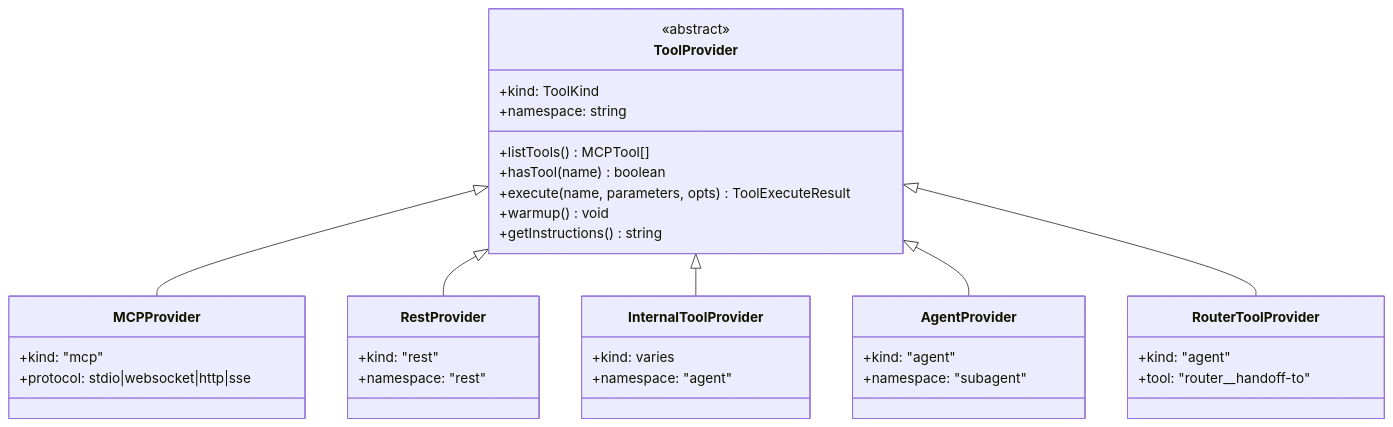
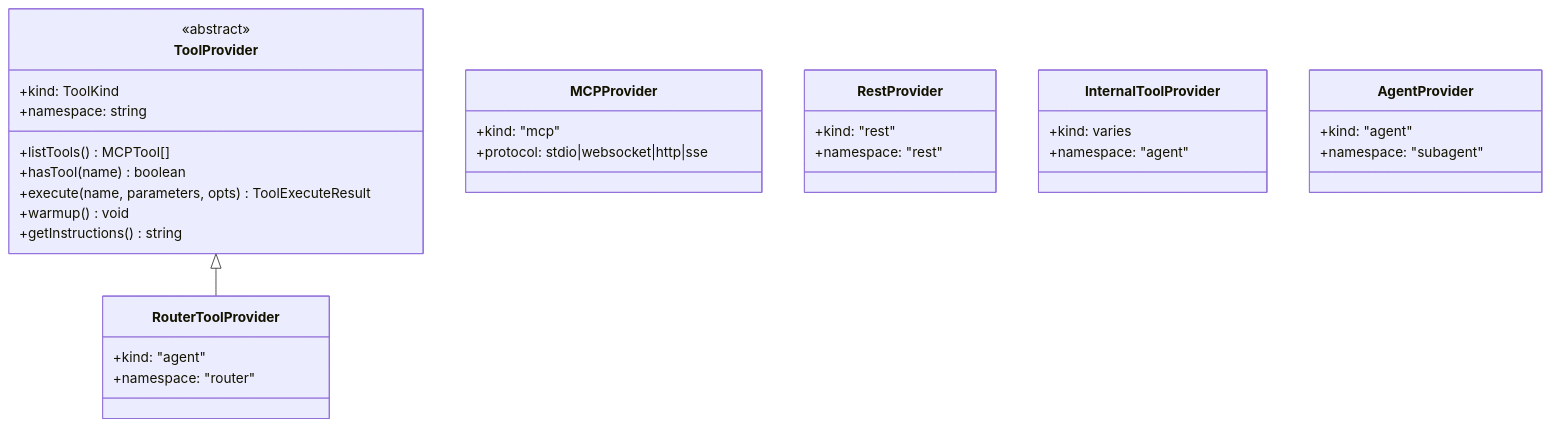
The first of 6 diagrams in docs/Technical-Specs-Tool-System.md (netdata/netdata), drawn with Mermaid before and after one commit. The commit also changed other lines of this file and 64 other files, not shown here.

````diff
--- a/docs/Technical-Specs-Tool-System.md
+++ b/docs/Technical-Specs-Tool-System.md
@@ -48,44 +48,40 @@
 ```mermaid
 classDiagram
     class ToolProvider {
         <<abstract>>
         +kind: ToolKind
         +namespace: string
         +listTools() MCPTool[]
         +hasTool(name) boolean
         +execute(name, parameters, opts) ToolExecuteResult
         +warmup() void
         +getInstructions() string
     }
 
     class MCPProvider {
         +kind: "mcp"
         +protocol: stdio|websocket|http|sse
     }
 
     class RestProvider {
         +kind: "rest"
         +namespace: "rest"
     }
 
     class InternalToolProvider {
         +kind: varies
         +namespace: "agent"
     }
 
     class AgentProvider {
         +kind: "agent"
         +namespace: "subagent"
     }
 
     class RouterToolProvider {
         +kind: "agent"
-        +tool: "router__handoff-to"
+        +namespace: "router"
     }
 
-    ToolProvider <|-- MCPProvider
-    ToolProvider <|-- RestProvider
-    ToolProvider <|-- InternalToolProvider
-    ToolProvider <|-- AgentProvider
     ToolProvider <|-- RouterToolProvider
 ```
````
